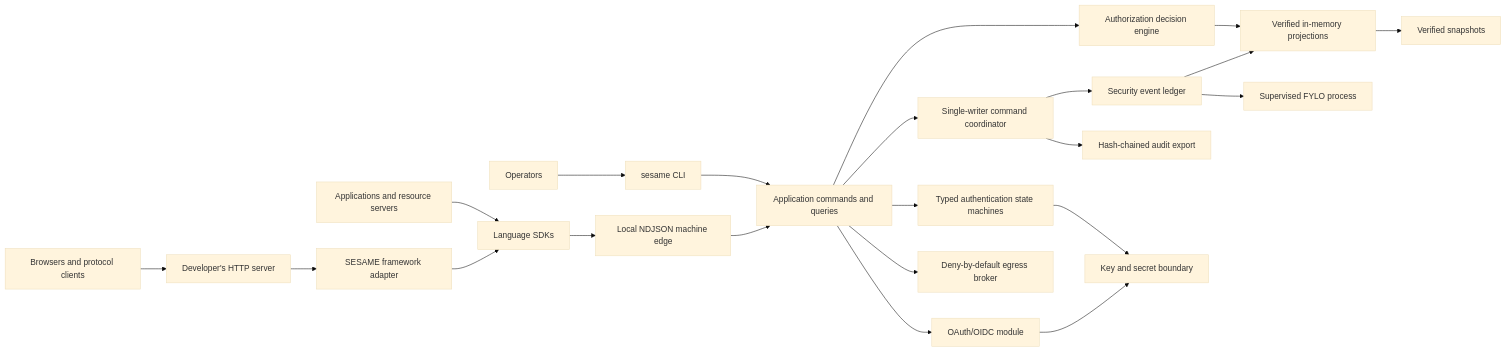
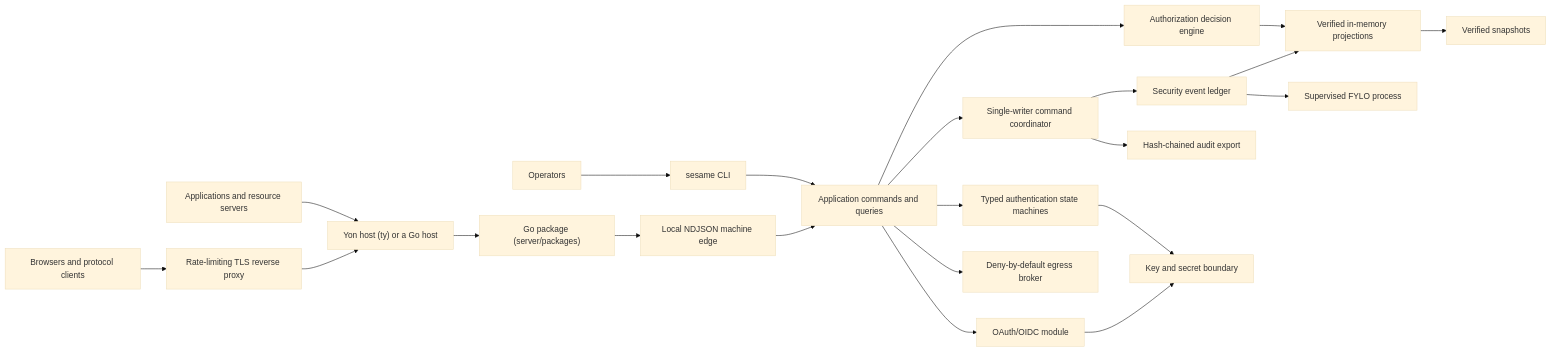
Before and after one commit to d31ma/SESAME: the diagram in docs/PROJECT_PLAN.md, drawn with Mermaid (base theme). The commit also changed other lines of this file and 3 other files, not shown here.

Commit message:
docs: retire stale SDK text in the project plan, engineering standards, context and Go package test comments

````diff
--- a/docs/PROJECT_PLAN.md
+++ b/docs/PROJECT_PLAN.md
@@ -246,24 +259,24 @@
 ```mermaid
 flowchart LR
     O["Operators"] --> CLI["sesame CLI"]
-    A["Applications and resource servers"] --> SDK["Language SDKs"]
-    B["Browsers and protocol clients"] --> H["Developer's HTTP server"]
-    H --> FA["SESAME framework adapter"]
-    FA --> SDK
-    SDK --> M["Local NDJSON machine edge"]
+    A["Applications and resource servers"] --> H["Yon host (ty) or a Go host"]
+    B["Browsers and protocol clients"] --> P["Rate-limiting TLS reverse proxy"]
+    P --> H
+    H --> GO["Go package (server/packages)"]
+    GO --> M["Local NDJSON machine edge"]
     CLI --> APP["Application commands and queries"]
     M --> APP
     APP --> AUTHN["Typed authentication state machines"]
     APP --> OIDC["OAuth/OIDC module"]
     APP --> AUTHZ["Authorization decision engine"]
     APP --> Q["Single-writer command coordinator"]
     AUTHZ --> R["Verified in-memory projections"]
     Q --> L["Security event ledger"]
     L --> F["Supervised FYLO process"]
     L --> R
     R --> S["Verified snapshots"]
     Q --> AUDIT["Hash-chained audit export"]
     AUTHN --> K["Key and secret boundary"]
     OIDC --> K
     APP --> E["Deny-by-default egress broker"]
 ```
````
